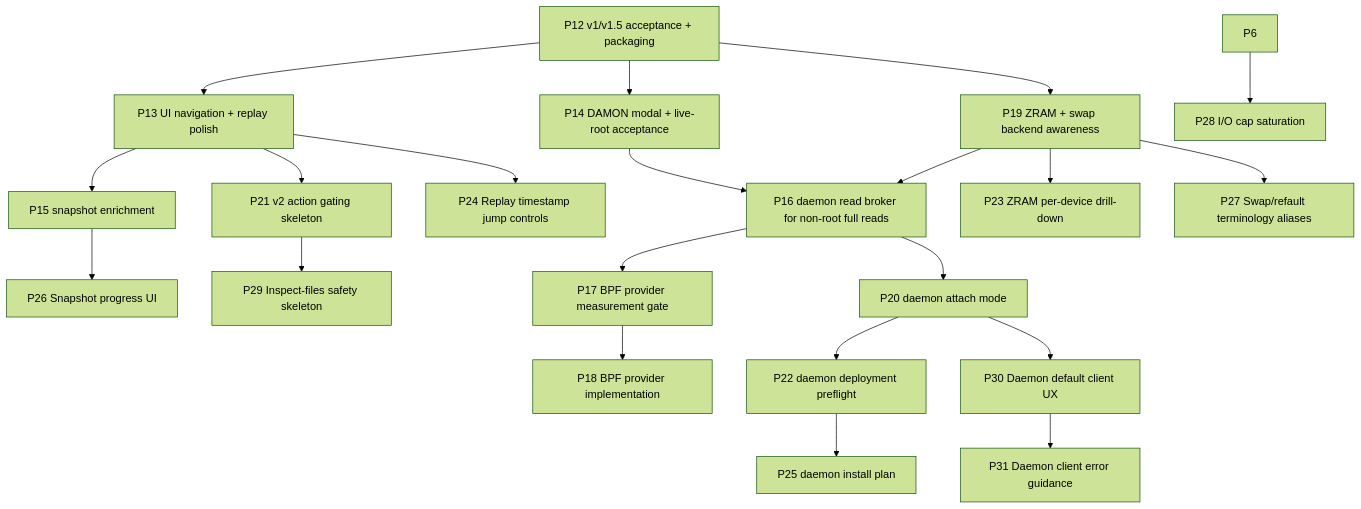
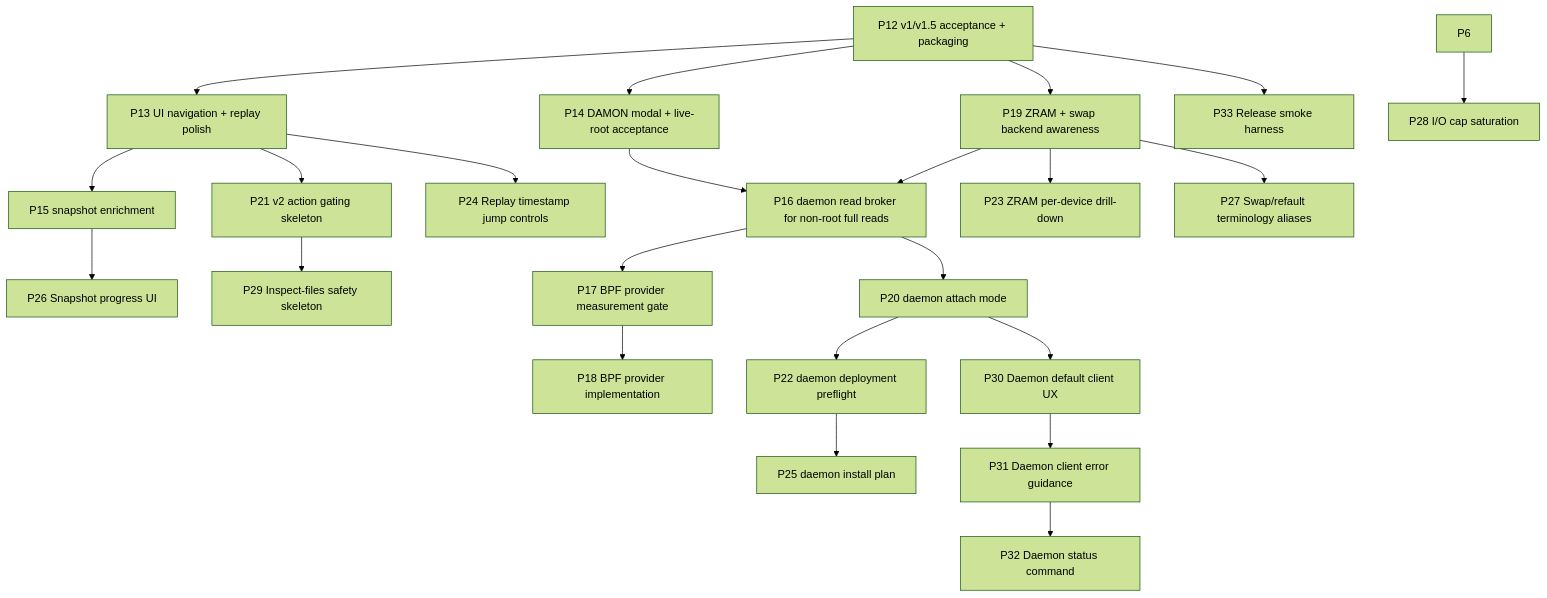
Before and after one commit to volkb79-2/vbpub: the diagram in groop/docs/ROADMAP.md, drawn with Mermaid (forest theme). The commit also changed other lines of this file and 3 other files, not shown here.

````diff
--- a/groop/docs/ROADMAP.md
+++ b/groop/docs/ROADMAP.md
@@ -27,23 +27,25 @@
 ```mermaid
 flowchart TD
     P12[P12 v1/v1.5 acceptance + packaging] --> P13[P13 UI navigation + replay polish]
     P12 --> P14[P14 DAMON modal + live-root acceptance]
     P13 --> P15[P15 snapshot enrichment]
     P12 --> P19[P19 ZRAM + swap backend awareness]
     P19 --> P16[P16 daemon read broker for non-root full reads]
     P14 --> P16
     P16 --> P17[P17 BPF provider measurement gate]
     P17 --> P18[P18 BPF provider implementation]
     P16 --> P20[P20 daemon attach mode]
     P20 --> P22[P22 daemon deployment preflight]
     P22 --> P25[P25 daemon install plan]
     P13 --> P21[P21 v2 action gating skeleton]
     P19 --> P23[P23 ZRAM per-device drill-down]
     P13 --> P24[P24 Replay timestamp jump controls]
     P15 --> P26[P26 Snapshot progress UI]
     P19 --> P27[P27 Swap/refault terminology aliases]
     P6 --> P28[P28 I/O cap saturation]
     P21 --> P29[P29 Inspect-files safety skeleton]
     P20 --> P30[P30 Daemon default client UX]
     P30 --> P31[P31 Daemon client error guidance]
+    P31 --> P32[P32 Daemon status command]
+    P12 --> P33[P33 Release smoke harness]
 ```
````
